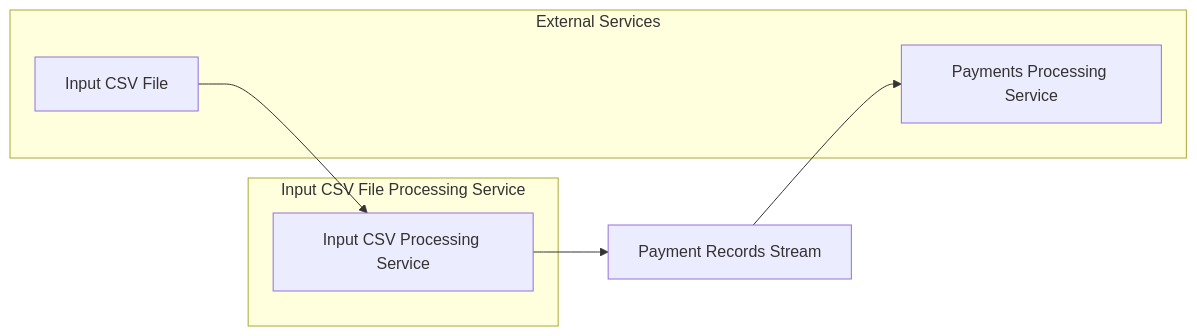
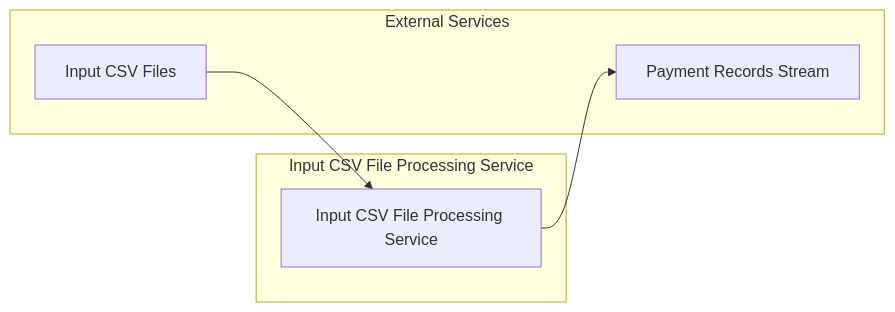
The diagram in input-csv-file-processing-svc/README.md (mbarcia/CSV-Payments-PoC), drawn with Mermaid before and after one commit. The commit also changed other lines of this file and 7 other files, not shown here.

````diff
--- a/input-csv-file-processing-svc/README.md
+++ b/input-csv-file-processing-svc/README.md
@@ -21,15 +21,14 @@
 ```mermaid
 graph LR
-    A[Input CSV File] --> B[Input CSV Processing Service]
+    A[Input CSV Files] --> B[Input CSV File Processing Service]
     B --> C[Payment Records Stream]
-    C --> D[Payments Processing Service]
     
     subgraph "Input CSV File Processing Service"
         B
     end
     
     subgraph "External Services"
         A
-        D
+        C
     end
 ```
````
